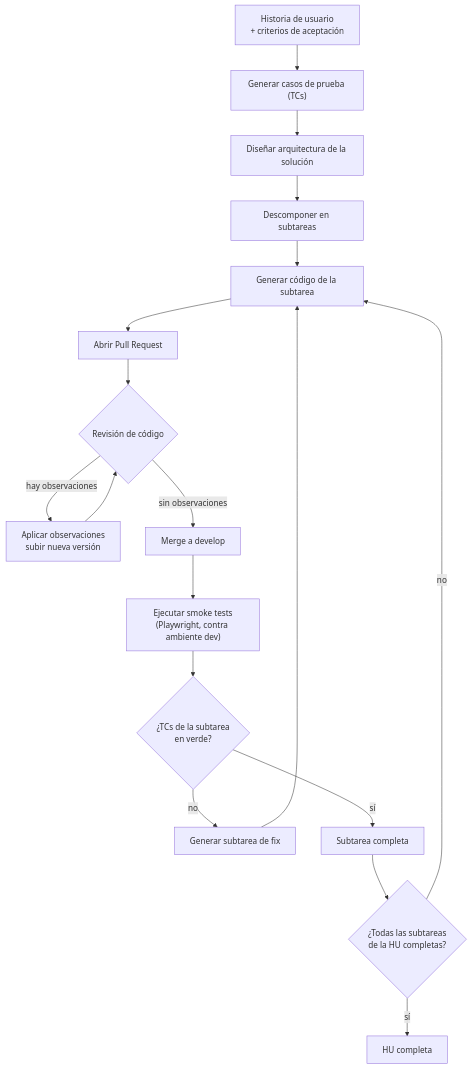
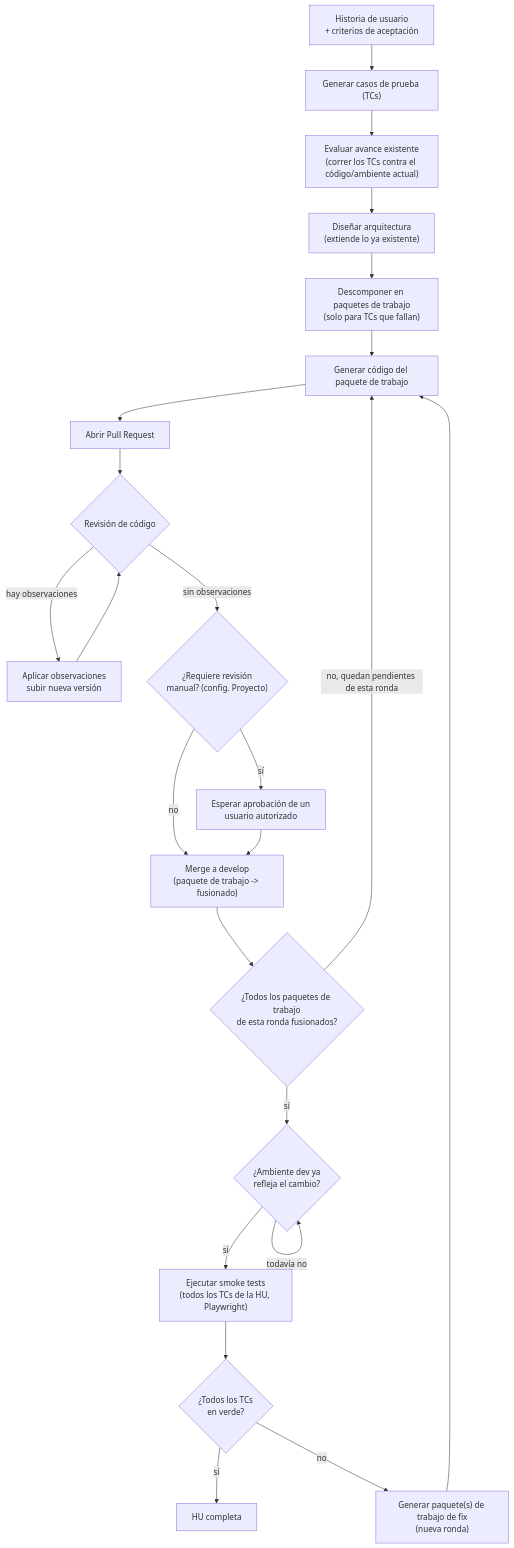
Before and after one commit to CarlosSotoGarcia/jcsoto-tech-lead: the diagram in itz/arquitectura/diagramas/01-flujo-pipeline-hu-a-desarrollo.md, drawn with Mermaid. The commit also changed other lines of this file and 39 other files, not shown here.

First line of the commit message:
docs: complete Telar architecture design (ADR-0007 to 0030)

````diff
--- a/itz/arquitectura/diagramas/01-flujo-pipeline-hu-a-desarrollo.md
+++ b/itz/arquitectura/diagramas/01-flujo-pipeline-hu-a-desarrollo.md
@@ -7,26 +10,34 @@
 ```mermaid
 flowchart TD
     HU["Historia de usuario\n+ criterios de aceptación"]
     TC["Generar casos de prueba (TCs)"]
-    ARQ["Diseñar arquitectura de la solución"]
-    SUB["Descomponer en subtareas"]
-    DEV["Generar código de la subtarea"]
+    DIAG["Evaluar avance existente\n(correr los TCs contra el código/ambiente actual)"]
+    ARQ["Diseñar arquitectura\n(extiende lo ya existente)"]
+    SUB["Descomponer en paquetes de trabajo\n(solo para TCs que fallan)"]
+    DEV["Generar código del paquete de trabajo"]
     PR["Abrir Pull Request"]
     CR{"Revisión de código"}
     APLICA["Aplicar observaciones\nsubir nueva versión"]
-    MERGE["Merge a develop"]
-    SMOKE["Ejecutar smoke tests\n(Playwright, contra ambiente dev)"]
-    RESULT{"¿TCs de la subtarea\nen verde?"}
-    FIXSUB["Generar subtarea de fix"]
-    DONE["Subtarea completa"]
-    ALL{"¿Todas las subtareas\nde la HU completas?"}
+    MANUAL{"¿Requiere revisión\nmanual? (config. Proyecto)"}
+    ESPERA["Esperar aprobación de un\nusuario autorizado"]
+    MERGE["Merge a develop\n(paquete de trabajo -> fusionado)"]
+    RONDA{"¿Todos los paquetes de trabajo\nde esta ronda fusionados?"}
+    DEPLOY{"¿Ambiente dev ya\nrefleja el cambio?"}
+    SMOKE["Ejecutar smoke tests\n(todos los TCs de la HU, Playwright)"]
+    RESULT{"¿Todos los TCs\nen verde?"}
+    FIXSUB["Generar paquete(s) de trabajo de fix\n(nueva ronda)"]
     HUDONE["HU completa"]
 
-    HU --> TC --> ARQ --> SUB --> DEV --> PR --> CR
+    HU --> TC --> DIAG --> ARQ --> SUB --> DEV --> PR --> CR
     CR -- hay observaciones --> APLICA --> CR
-    CR -- sin observaciones --> MERGE --> SMOKE --> RESULT
-    RESULT -- sí --> DONE --> ALL
+    CR -- sin observaciones --> MANUAL
+    MANUAL -- no --> MERGE
+    MANUAL -- sí --> ESPERA --> MERGE
+    MERGE --> RONDA
+    RONDA -- no, quedan pendientes de esta ronda --> DEV
+    RONDA -- sí --> DEPLOY
+    DEPLOY -- todavía no --> DEPLOY
+    DEPLOY -- sí --> SMOKE --> RESULT
+    RESULT -- sí --> HUDONE
     RESULT -- no --> FIXSUB --> DEV
-    ALL -- no --> DEV
-    ALL -- sí --> HUDONE
 ```
````
